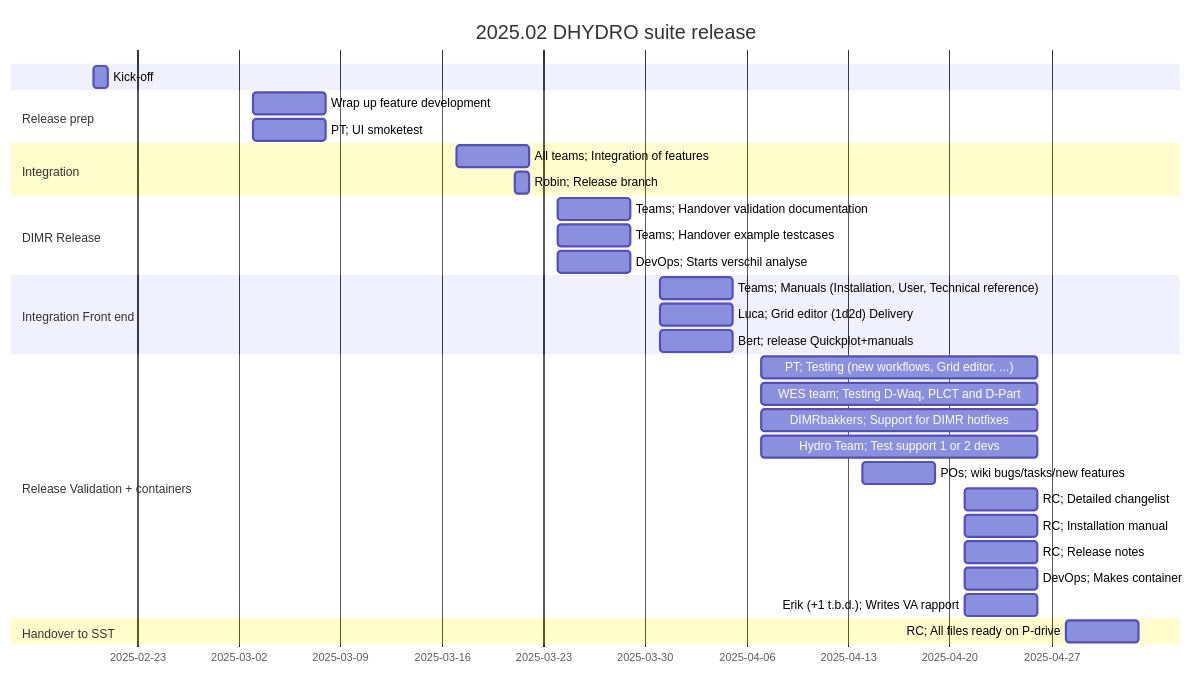
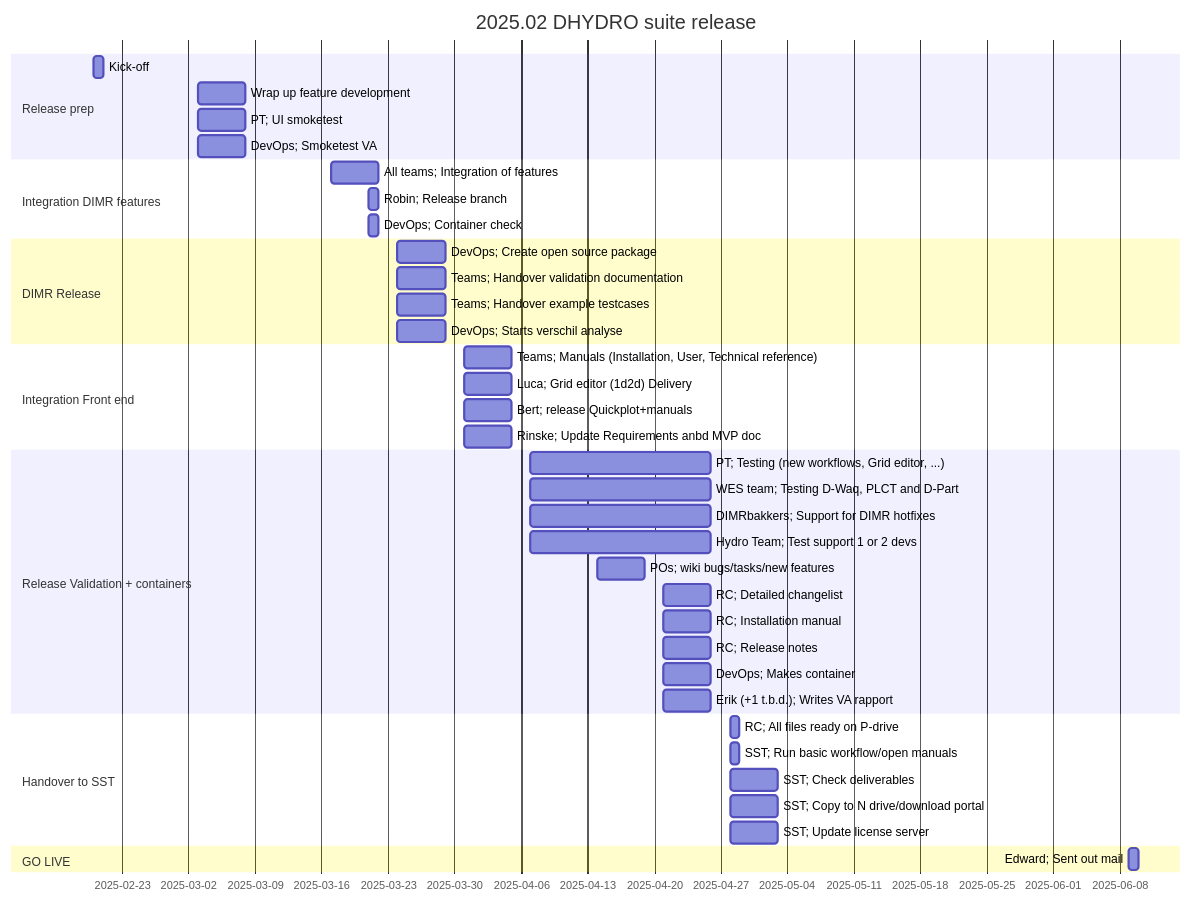
The diagram in mermaid/planning.md (jeffersonscientific/Delft3D), drawn with Mermaid before and after one commit.

Commit message:
Update planning with new info

```diff
--- a/mermaid/planning.md
+++ b/mermaid/planning.md
@@ -1,34 +1,51 @@
 ::: mermaid
 gantt
     title 2025.02 DHYDRO suite release
     dateFormat  YYYY-MM-DD
     dateFormat  DD-MM-YYYY
+    
+    section Release prep
     Kick-off :20-02-2025, 1d
-    section Release prep
     Wrap up feature development :03-03-2025, 5d
     PT; UI smoketest :03-03-2025, 5d
-    section Integration
+    DevOps; Smoketest VA :03-03-2025, 5d
+
+    section Integration DIMR features
     All teams; Integration of features :17-03-2025, 5d
     Robin; Release branch :21-03-2025, 1d
+    DevOps; Container check :21-03-2025, 1d
+
     section DIMR Release
+    DevOps; Create open source package :24-03-2025, 5d
     Teams; Handover validation documentation :24-03-2025, 5d
     Teams; Handover example testcases :24-03-2025, 5d
     DevOps; Starts verschil analyse :24-03-2025, 5d
+
     section Integration Front end
     Teams; Manuals (Installation, User, Technical reference) :31-03-2025, 5d
     Luca; Grid editor (1d2d) Delivery :31-03-2025, 5d
     Bert; release Quickplot+manuals :31-03-2025, 5d
+    Rinske; Update Requirements anbd MVP doc :31-03-2025, 5d
+
     section Release Validation + containers
     PT; Testing (new workflows, Grid editor, ...) :07-04-2025, 19d
     WES team; Testing D-Waq, PLCT and D-Part :07-04-2025, 19d
     DIMRbakkers; Support for DIMR hotfixes :07-04-2025, 19d
     Hydro Team; Test support 1 or 2 devs :07-04-2025, 19d
     POs; wiki bugs/tasks/new features :14-04-2025, 5d
     RC; Detailed changelist :21-04-2025, 5d
     RC; Installation manual :21-04-2025, 5d
     RC; Release notes :21-04-2025, 5d
     DevOps; Makes container :21-04-2025, 5d
     Erik (+1 t.b.d.); Writes VA rapport :21-04-2025, 5d
+
     section Handover to SST
-    RC; All files ready on P-drive: 28-04-2025, 5d
+    RC; All files ready on P-drive: 28-04-2025, 1d
+    SST; Run basic workflow/open manuals: 28-04-2025, 1d
+    SST; Check deliverables: 28-04-2025, 5d
+    SST; Copy to N drive/download portal: 28-04-2025, 5d
+    SST; Update license server: 28-04-2025, 5d
+
+    section GO LIVE
+    Edward; Sent out mail: 09-06-2025, 1d
 :::
```
